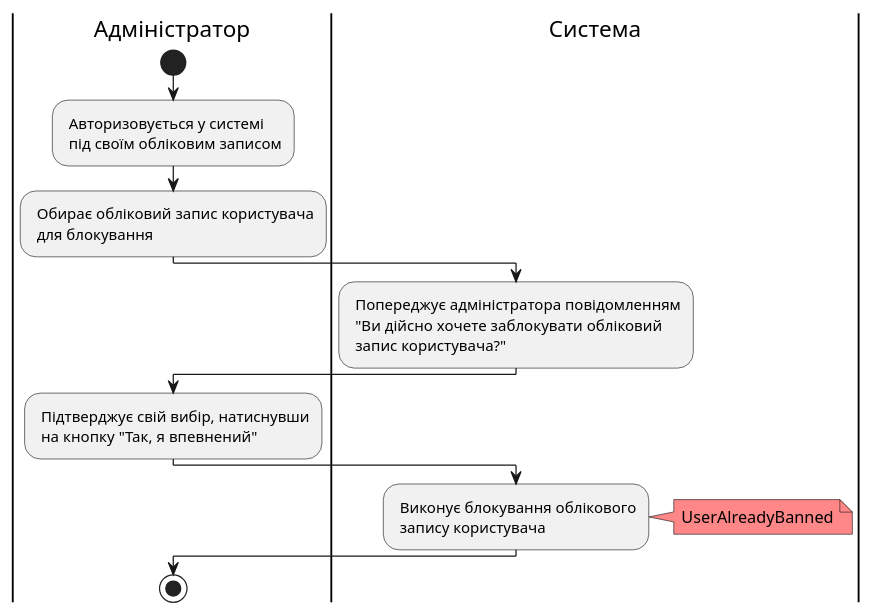
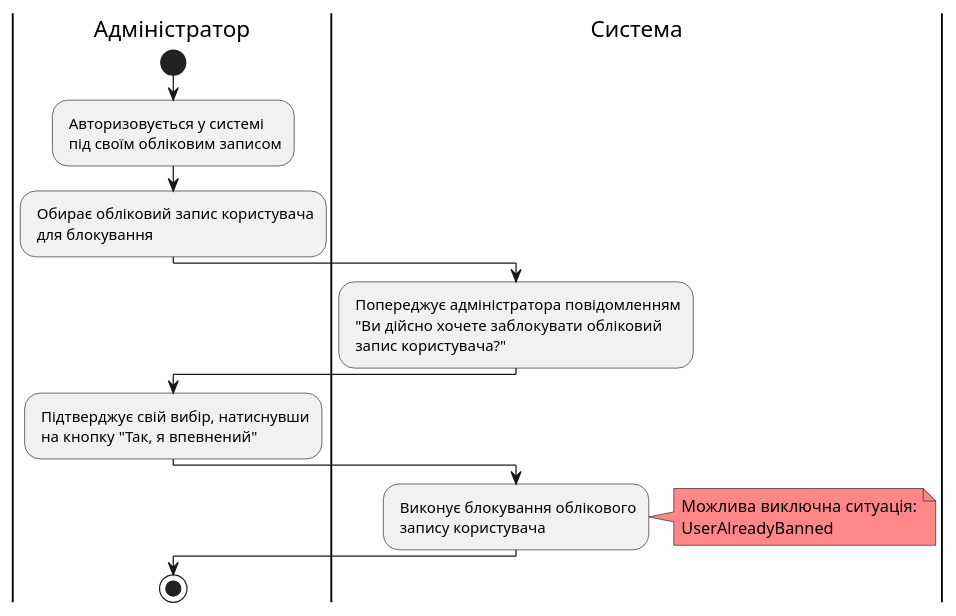
Diagram 11 of 11 in docs/use cases/README.md (self-deception-at-its-finest/db-labs-IO24-team3), drawn with PlantUML before and after one commit. The commit also changed other lines of this file and 2 other files, not shown here.

```diff
--- a/docs/use cases/README.md
+++ b/docs/use cases/README.md
@@ -434,30 +434,30 @@
 @startuml
 
     |Адміністратор|
         start;
         : Авторизовується у системі
          під своїм обліковим записом;
         : Обирає обліковий запис користувача
          для блокування;
 
     |Система|
         : Попереджує адміністратора повідомленням
          "Ви дійсно хочете заблокувати обліковий
          запис користувача?";
 
     |Адміністратор|
         : Підтверджує свій вибір, натиснувши
          на кнопку "Так, я впевнений";
 
     |Система|
         : Виконує блокування облікового
          запису користувача;
          note right #ff8787
-    UserAlreadyBanned
-    end note
-        
+         Можлива виключна ситуація:
+         UserAlreadyBanned
+         end note
 
     |Адміністратор|
         stop;
 
 @enduml
```
